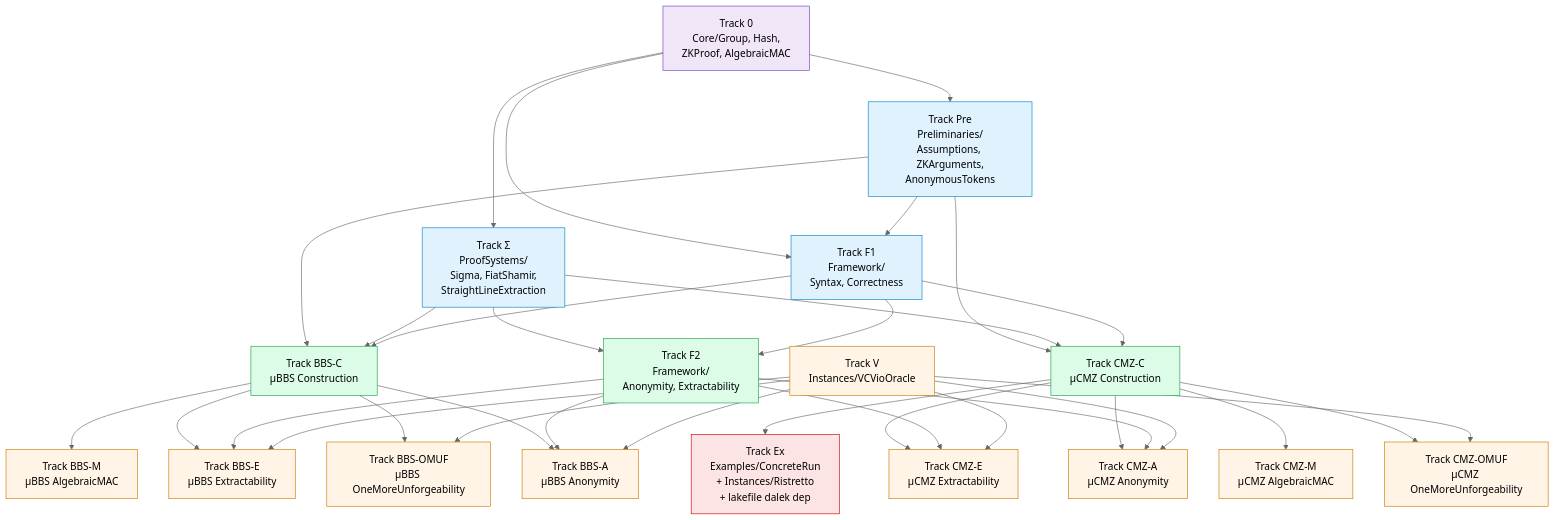
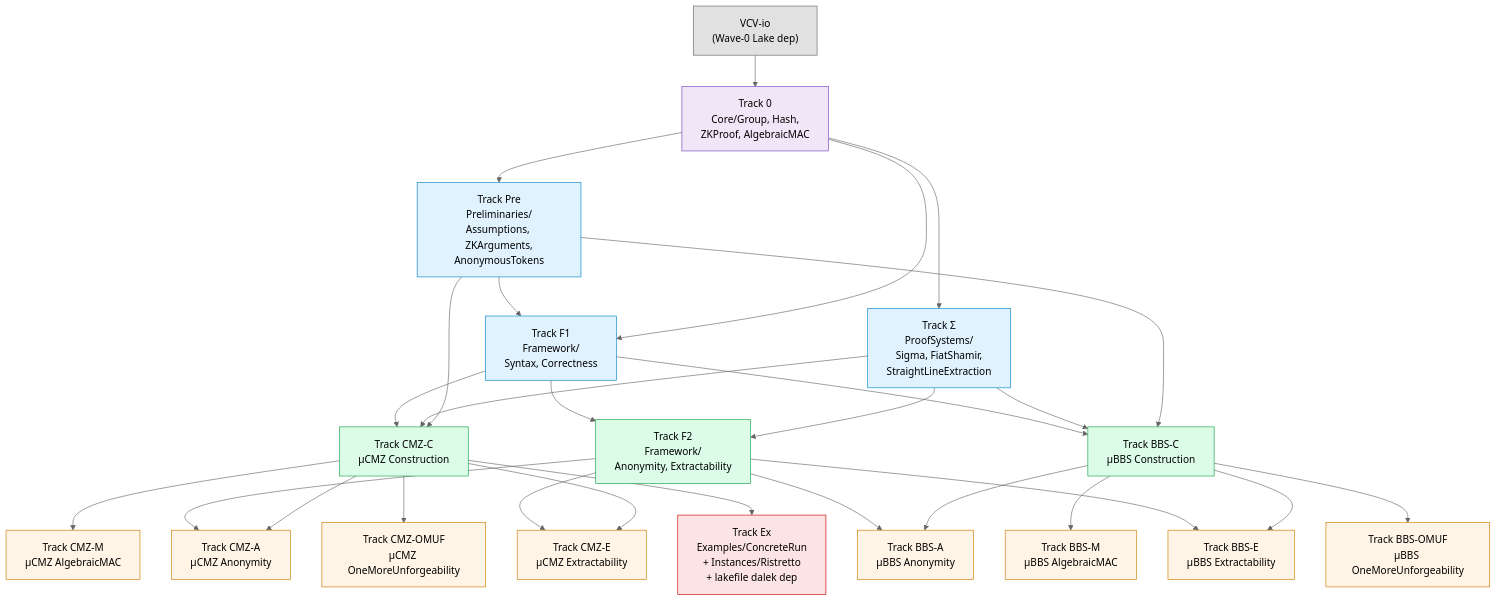
One commit to Beneficial-AI-Foundation/KeyedVerificationAnonymousCredential-model changed the diagram in docs/TRACKS.md. Above: the diagram before and after it, drawn with Mermaid (neutral theme). The commit also changed other lines of this file and 8 other files, not shown here.

````diff
--- a/docs/TRACKS.md
+++ b/docs/TRACKS.md
@@ -11,71 +11,67 @@
 ```mermaid
 graph TD
+  VCVio["VCV-io<br/>(Wave-0 Lake dep)"]:::ext
+
   T0["Track 0<br/>Core/Group, Hash,<br/>ZKProof, AlgebraicMAC"]:::w0
 
   TPre["Track Pre<br/>Preliminaries/<br/>Assumptions, ZKArguments,<br/>AnonymousTokens"]:::w1
   TΣ["Track Σ<br/>ProofSystems/<br/>Sigma, FiatShamir,<br/>StraightLineExtraction"]:::w1
   TF1["Track F1<br/>Framework/<br/>Syntax, Correctness"]:::w1
 
   TF2["Track F2<br/>Framework/<br/>Anonymity, Extractability"]:::w2
   TCMZ_C["Track CMZ-C<br/>μCMZ Construction"]:::w2
   TBBS_C["Track BBS-C<br/>μBBS Construction"]:::w2
 
   TCMZ_M["Track CMZ-M<br/>μCMZ AlgebraicMAC"]:::w3
   TCMZ_A["Track CMZ-A<br/>μCMZ Anonymity"]:::w3
   TCMZ_E["Track CMZ-E<br/>μCMZ Extractability"]:::w3
   TCMZ_OMUF["Track CMZ-OMUF<br/>μCMZ OneMoreUnforgeability"]:::w3
 
   TBBS_M["Track BBS-M<br/>μBBS AlgebraicMAC"]:::w3
   TBBS_A["Track BBS-A<br/>μBBS Anonymity"]:::w3
   TBBS_E["Track BBS-E<br/>μBBS Extractability"]:::w3
   TBBS_OMUF["Track BBS-OMUF<br/>μBBS OneMoreUnforgeability"]:::w3
 
-  TV["Track V<br/>Instances/VCVioOracle"]:::w3
+  TEx["Track Ex<br/>Examples/ConcreteRun<br/>+ Instances/Ristretto<br/>+ lakefile dalek dep"]:::w4
 
-  TEx["Track Ex<br/>Examples/ConcreteRun<br/>+ Instances/Ristretto<br/>+ lakefile dalek dep"]:::w4
+  VCVio --> T0
 
   T0 --> TPre
   T0 --> TΣ
   T0 --> TF1
 
   TPre --> TF1
   TPre --> TCMZ_C
   TPre --> TBBS_C
   TΣ --> TCMZ_C
   TΣ --> TBBS_C
   TΣ --> TF2
 
   TF1 --> TF2
   TF1 --> TCMZ_C
   TF1 --> TBBS_C
 
   TCMZ_C --> TCMZ_M
   TCMZ_C --> TCMZ_A
   TCMZ_C --> TCMZ_E
   TCMZ_C --> TCMZ_OMUF
 
   TBBS_C --> TBBS_M
   TBBS_C --> TBBS_A
   TBBS_C --> TBBS_E
   TBBS_C --> TBBS_OMUF
 
   TF2 --> TCMZ_A
   TF2 --> TCMZ_E
   TF2 --> TBBS_A
   TF2 --> TBBS_E
 
-  TV --> TCMZ_A
-  TV --> TCMZ_E
-  TV --> TCMZ_OMUF
-  TV --> TBBS_A
-  TV --> TBBS_E
-  TV --> TBBS_OMUF
-
   TCMZ_C --> TEx
 
+  classDef ext fill:#e1e1e1,stroke:#666,color:#000
   classDef w0 fill:#f0e6f7,stroke:#6f42c1,color:#000
   classDef w1 fill:#e0f2fe,stroke:#0284c7,color:#000
   classDef w2 fill:#dcfce7,stroke:#16a34a,color:#000
   classDef w3 fill:#fff4e6,stroke:#cc7a00,color:#000
   classDef w4 fill:#fde4e4,stroke:#cc0000,color:#000
 ```
````
